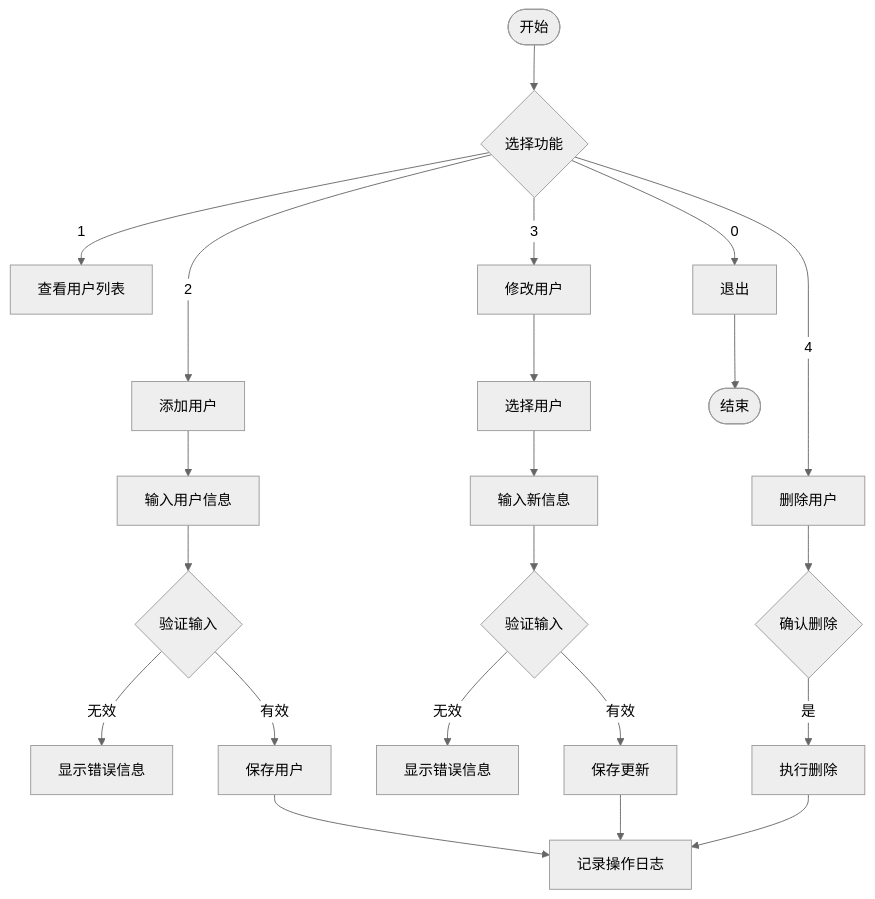
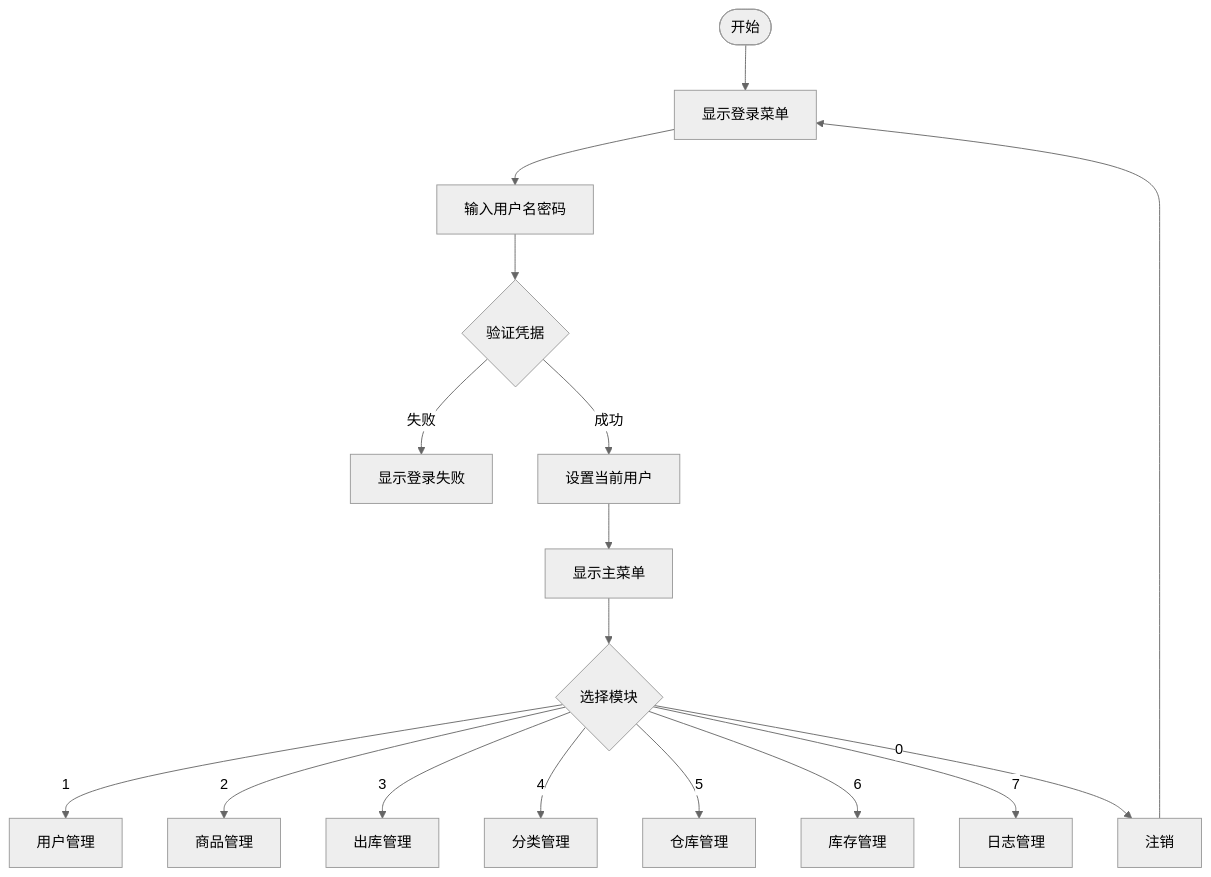
The diagram in all/未命名-1.md (smystrive/iodraw-files), drawn with Mermaid (neutral theme) before and after one commit.

Commit message:
2025-01-02 15:24:39 update

````diff
--- a/all/未命名-1.md
+++ b/all/未命名-1.md
@@ -1,31 +1,19 @@
 ```mermaid
 flowchart TD
-    Start([开始]) --> SelectFunction{选择功能}
-    
-    SelectFunction -->|1| UserList[查看用户列表]
-    SelectFunction -->|2| AddUser[添加用户]
-    SelectFunction -->|3| UpdateUser[修改用户]
-    SelectFunction -->|4| DeleteUser[删除用户]
-    SelectFunction -->|0| Exit[退出]
-    
-    AddUser --> InputUserInfo[输入用户信息]
-    InputUserInfo --> ValidateInput{验证输入}
-    ValidateInput -->|无效| ShowInputError[显示错误信息]
-    ValidateInput -->|有效| SaveUser[保存用户]
-    SaveUser --> LogOperation[记录操作日志]
-    
-    UpdateUser --> SelectUser[选择用户]
-    SelectUser --> InputNewInfo[输入新信息]
-    InputNewInfo --> ValidateNewInput{验证输入}
-    ValidateNewInput -->|无效| ShowUpdateError[显示错误信息]
-    ValidateNewInput -->|有效| SaveUpdate[保存更新]
-    SaveUpdate --> LogOperation
-    
-    DeleteUser --> ConfirmDelete{确认删除}
-
-    ConfirmDelete -->|是| ExecuteDelete[执行删除]
-    ExecuteDelete --> LogOperation
-    
-
-    Exit --> End([结束]) 
+    Start([开始]) --> ShowLoginMenu[显示登录菜单]
+    ShowLoginMenu --> InputCredentials[输入用户名密码]
+    InputCredentials --> ValidateCredentials{验证凭据}
+    ValidateCredentials -->|失败| ShowError[显示登录失败]
+    ValidateCredentials -->|成功| SetCurrentUser[设置当前用户]
+    SetCurrentUser --> ShowMainMenu[显示主菜单]
+    ShowMainMenu --> SelectModule{选择模块}
+    SelectModule -->|1| UserManage[用户管理]
+    SelectModule -->|2| GoodsManage[商品管理]
+    SelectModule -->|3| StockOutManage[出库管理]
+    SelectModule -->|4| CategoryManage[分类管理]
+    SelectModule -->|5| WarehouseManage[仓库管理]
+    SelectModule -->|6| InventoryManage[库存管理]
+    SelectModule -->|7| LogManage[日志管理]
+    SelectModule -->|0| Logout[注销]
+    Logout --> ShowLoginMenu 
 ```
````
